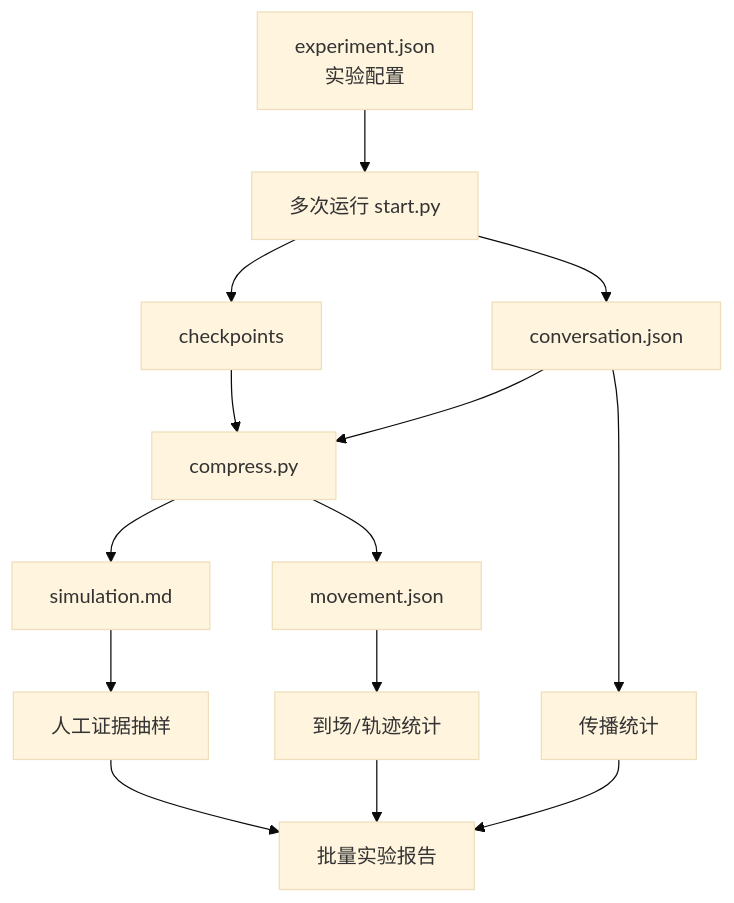
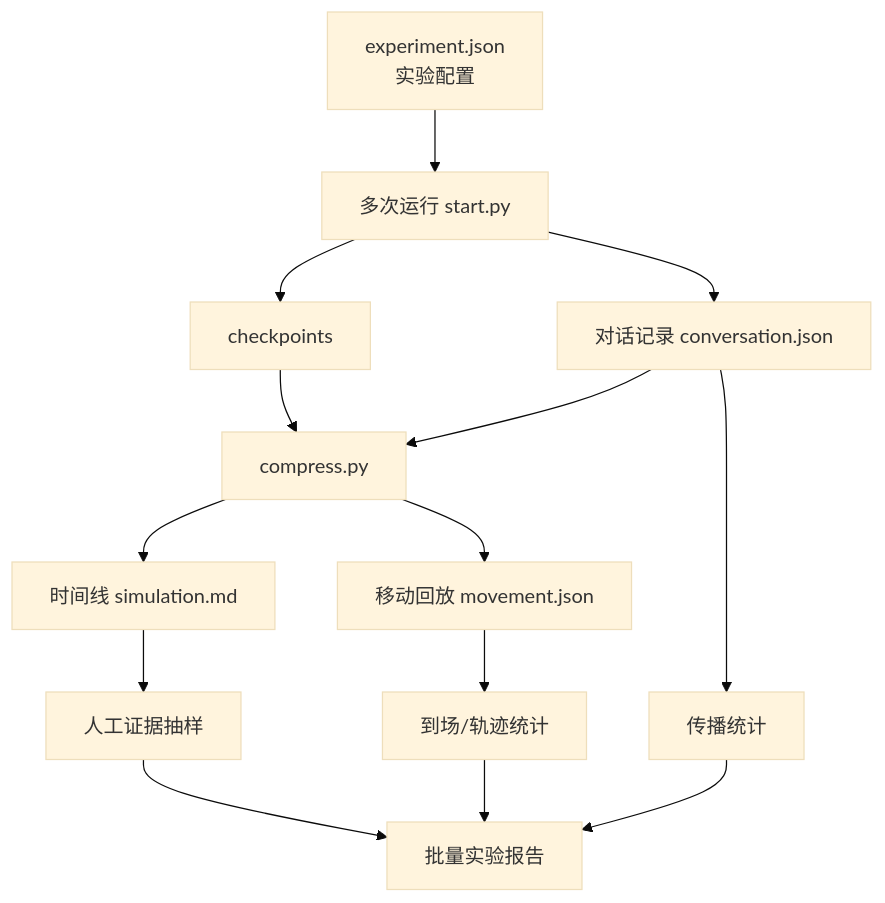
Before and after one commit to tbkken/GenerativeAgentsCN: the first of 5 diagrams in docs/book/manuscript/part_05/chapter_36.md, drawn with Mermaid (base theme). The commit also changed other lines of this file and 47 other files, not shown here.

````diff
--- a/docs/book/manuscript/part_05/chapter_36.md
+++ b/docs/book/manuscript/part_05/chapter_36.md
@@ -30,16 +30,16 @@
 ```mermaid
 flowchart TD
     Config[experiment.json<br/>实验配置] --> Runs[多次运行 start.py]
     Runs --> CK[checkpoints]
-    Runs --> Conv[conversation.json]
+    Runs --> Conv[对话记录 conversation.json]
     CK --> Compress[compress.py]
     Conv --> Compress
-    Compress --> Sim[simulation.md]
-    Compress --> Move[movement.json]
+    Compress --> Sim[时间线 simulation.md]
+    Compress --> Move[移动回放 movement.json]
     Conv --> Diff[传播统计]
     Move --> Attend[到场/轨迹统计]
     Sim --> Evidence[人工证据抽样]
     Diff --> Report[批量实验报告]
     Attend --> Report
     Evidence --> Report
 ```
````
